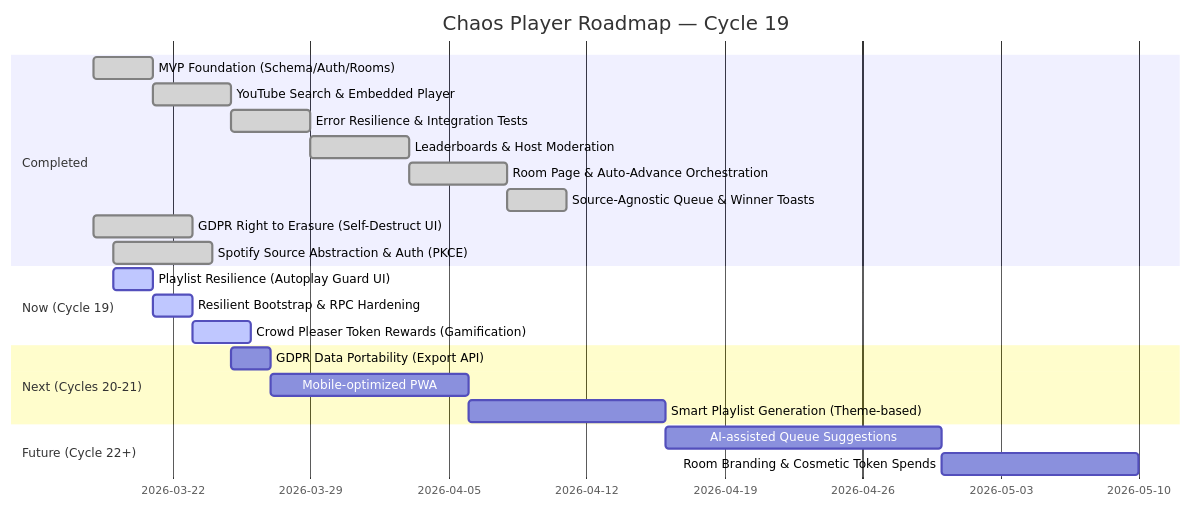
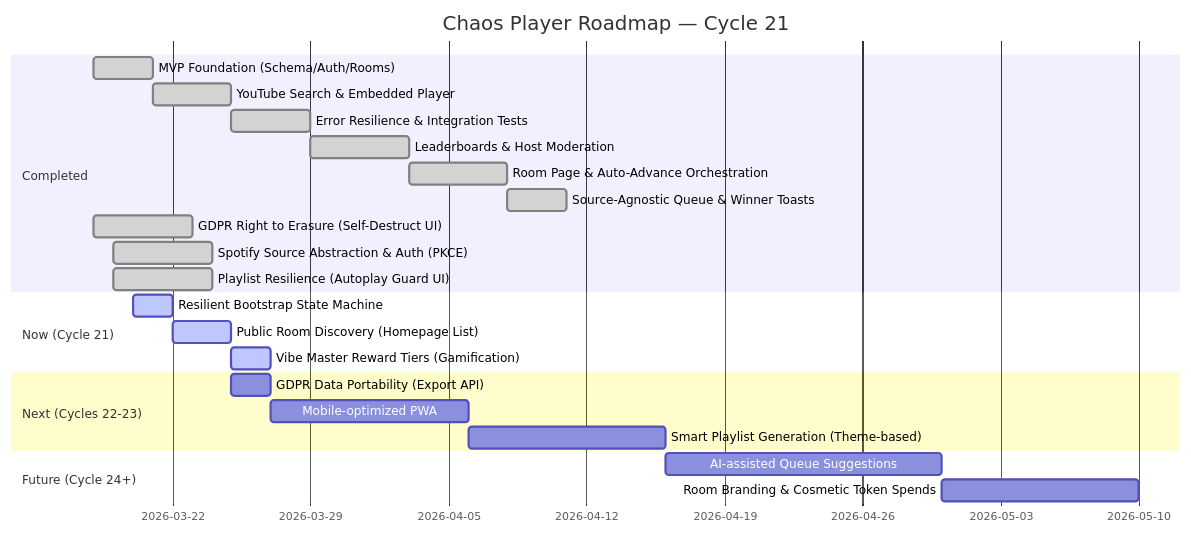
The diagram in ROADMAP.md (akozma89/chaos-player), drawn with Mermaid before and after one commit. The commit also changed other lines of this file and 15 other files, not shown here.

Commit message:
feat(discovery): add public room discovery and improve queue resilience

````diff
--- a/ROADMAP.md
+++ b/ROADMAP.md
@@ -3,29 +3,30 @@
 ```mermaid
 gantt
-  title Chaos Player Roadmap — Cycle 19
+  title Chaos Player Roadmap — Cycle 21
   dateFormat YYYY-MM-DD
 
   section Completed
     MVP Foundation (Schema/Auth/Rooms)          :done, c1, 2026-03-18, 3d
     YouTube Search & Embedded Player            :done, c2, after c1, 4d
     Error Resilience & Integration Tests        :done, c3, after c2, 4d
     Leaderboards & Host Moderation              :done, c4, after c3, 5d
     Room Page & Auto-Advance Orchestration      :done, c5, after c4, 5d
     Source-Agnostic Queue & Winner Toasts       :done, c6, after c5, 3d
     GDPR Right to Erasure (Self-Destruct UI)    :done, c7, 2026-03-18, 5d
     Spotify Source Abstraction & Auth (PKCE)    :done, c18, 2026-03-19, 5d
+    Playlist Resilience (Autoplay Guard UI)     :done, c19, 2026-03-19, 5d
 
-  section Now (Cycle 19)
-    Playlist Resilience (Autoplay Guard UI)     :active, c19-1, 2026-03-19, 2d
-    Resilient Bootstrap & RPC Hardening         :active, c19-2, after c19-1, 2d
-    Crowd Pleaser Token Rewards (Gamification)  :active, c19-3, after c19-2, 3d
+  section Now (Cycle 21)
+    Resilient Bootstrap State Machine           :active, c21-1, 2026-03-20, 2d
+    Public Room Discovery (Homepage List)       :active, c21-2, after c21-1, 3d
+    Vibe Master Reward Tiers (Gamification)     :active, c21-3, after c21-2, 2d
 
-  section Next (Cycles 20-21)
+  section Next (Cycles 22-23)
     GDPR Data Portability (Export API)          :next1, 2026-03-25, 2d
     Mobile-optimized PWA                        :next2, after next1, 10d
     Smart Playlist Generation (Theme-based)     :next3, after next2, 10d
 
-  section Future (Cycle 22+)
+  section Future (Cycle 24+)
     AI-assisted Queue Suggestions               :future1, after next3, 14d
     Room Branding & Cosmetic Token Spends       :future2, after future1, 10d
 ```
````
